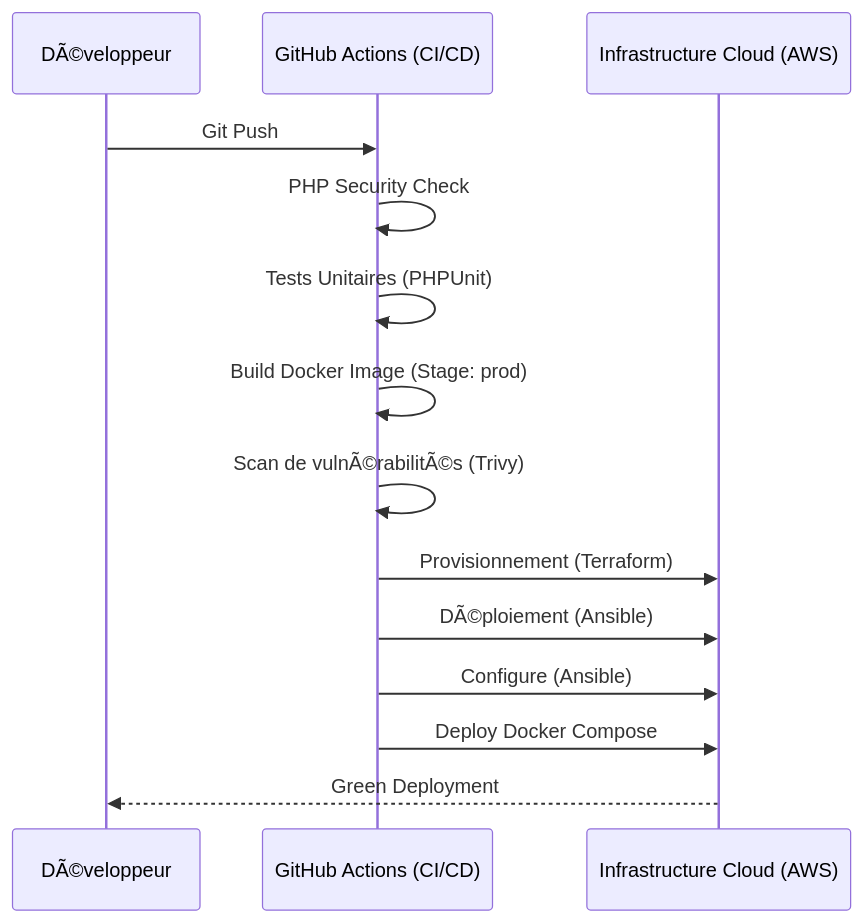
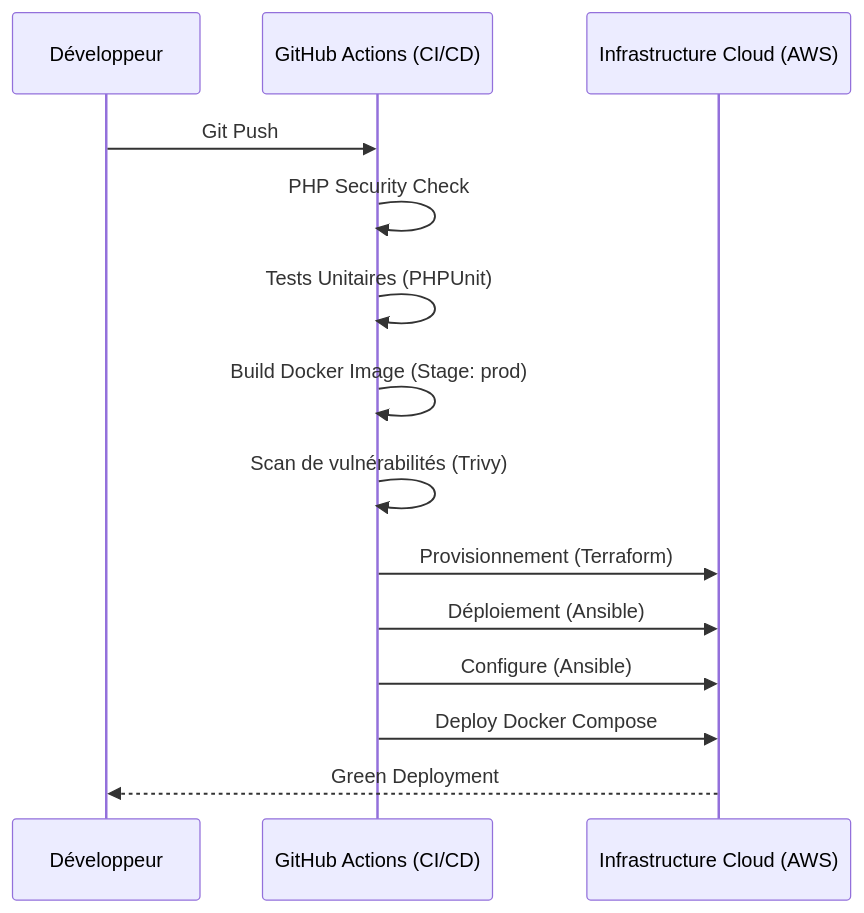
The second of 2 diagrams in docs/architecture_schema.md (ArmSal/les-saveurs-du-jardin), drawn with Mermaid before and after one commit. The commit also changed other lines of this file and 1 other file, not shown here.

````diff
--- a/docs/architecture_schema.md
+++ b/docs/architecture_schema.md
@@ -36,17 +36,17 @@
 ```mermaid
 sequenceDiagram
-  participant Dev as DÃ©veloppeur
+  participant Dev as Développeur
   participant GH as GitHub Actions (CI/CD)
   participant AWS as Infrastructure Cloud (AWS)
 
   Dev->>GH: Git Push
   GH->>GH: PHP Security Check
   GH->>GH: Tests Unitaires (PHPUnit)
   GH->>GH: Build Docker Image (Stage: prod)
-  GH->>GH: Scan de vulnÃ©rabilitÃ©s (Trivy)
+  GH->>GH: Scan de vulnérabilités (Trivy)
   GH->>AWS: Provisionnement (Terraform)
-  GH->>AWS: DÃ©ploiement (Ansible)
+  GH->>AWS: Déploiement (Ansible)
   GH->>AWS: Configure (Ansible)
   GH->>AWS: Deploy Docker Compose
   AWS-->>Dev: Green Deployment
 ```
````
